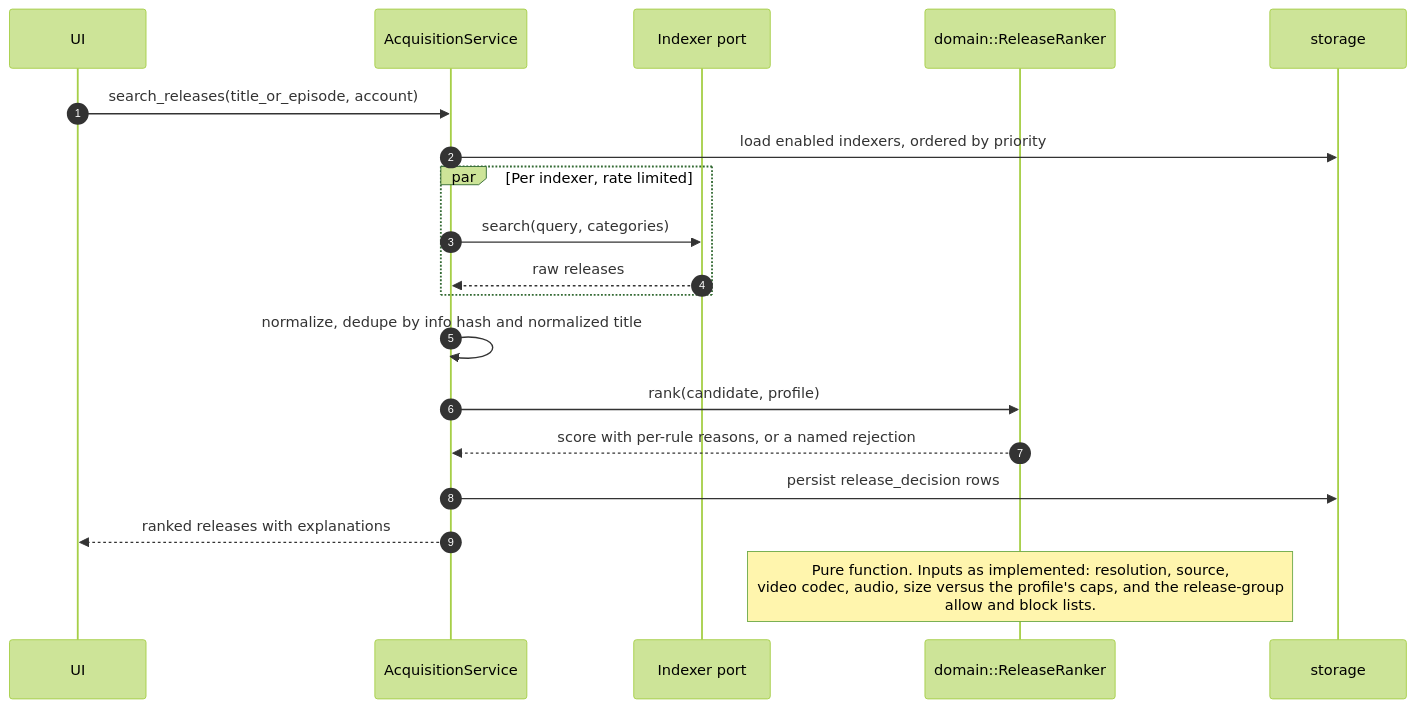
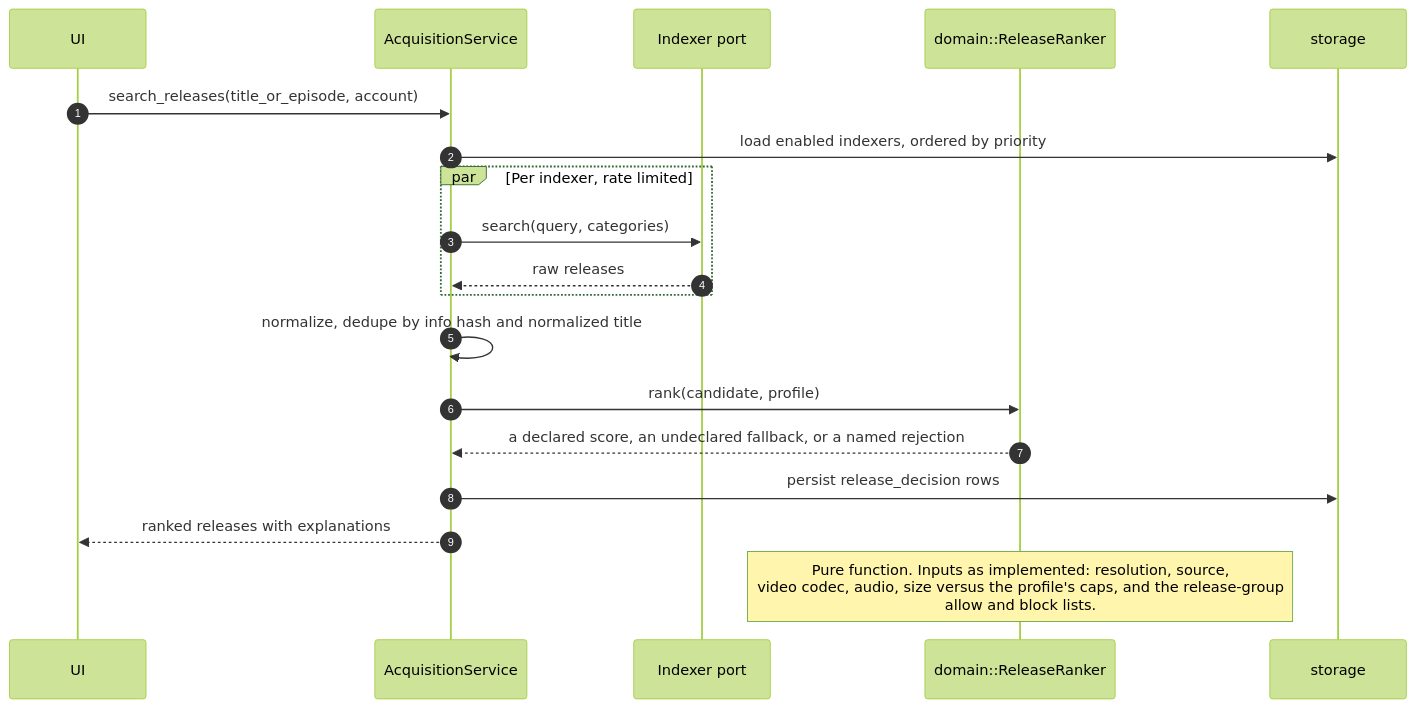
One commit to DavidNgugi/peregrine changed the fifth of 22 diagrams in docs/FLOWS.md. Above: the diagram before and after it, drawn with Mermaid (forest theme). The commit also changed other lines of this file and 61 other files, not shown here.

````diff
--- a/docs/FLOWS.md
+++ b/docs/FLOWS.md
@@ -214,23 +214,23 @@
 ```mermaid
 sequenceDiagram
     autonumber
     participant UI
     participant Acq as AcquisitionService
     participant Idx as Indexer port
     participant Rank as domain::ReleaseRanker
     participant DB as storage
 
     UI->>Acq: search_releases(title_or_episode, account)
     Acq->>DB: load enabled indexers, ordered by priority
     par Per indexer, rate limited
         Acq->>Idx: search(query, categories)
         Idx-->>Acq: raw releases
     end
     Acq->>Acq: normalize, dedupe by info hash and normalized title
     Acq->>Rank: rank(candidate, profile)
-    Rank-->>Acq: score with per-rule reasons, or a named rejection
+    Rank-->>Acq: a declared score, an undeclared fallback, or a named rejection
     Acq->>DB: persist release_decision rows
     Acq-->>UI: ranked releases with explanations
 
     Note over Rank: Pure function. Inputs as implemented: resolution, source,<br/>video codec, audio, size versus the profile's caps, and the release-group<br/>allow and block lists.
 ```
````
